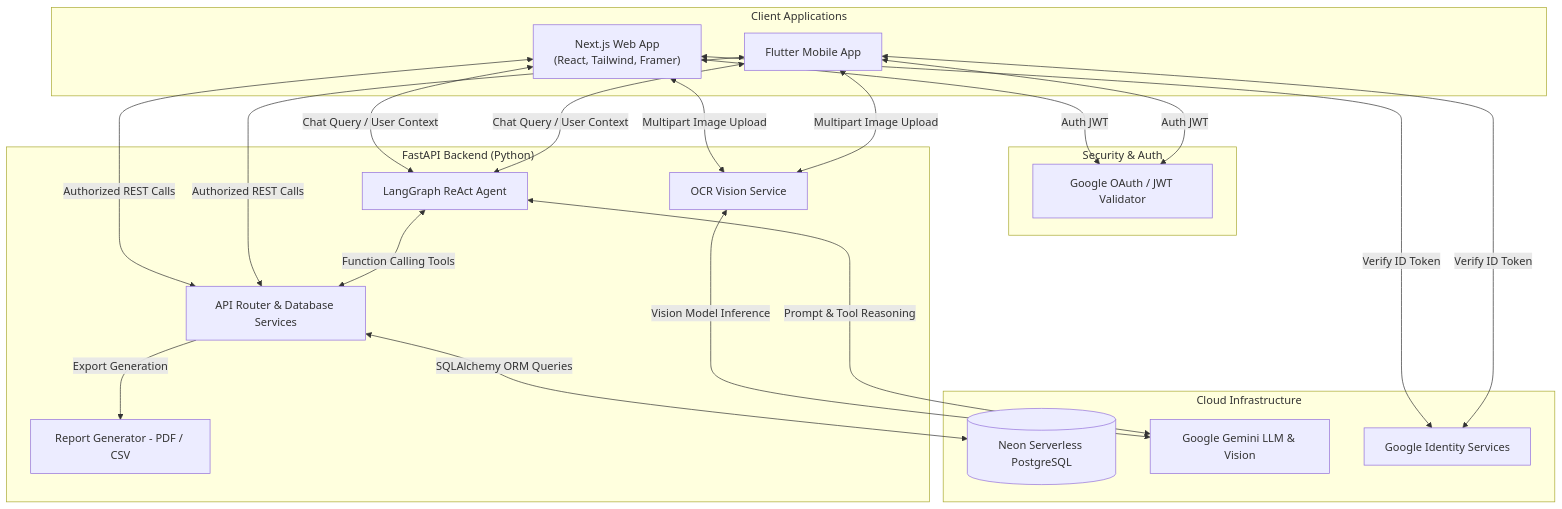
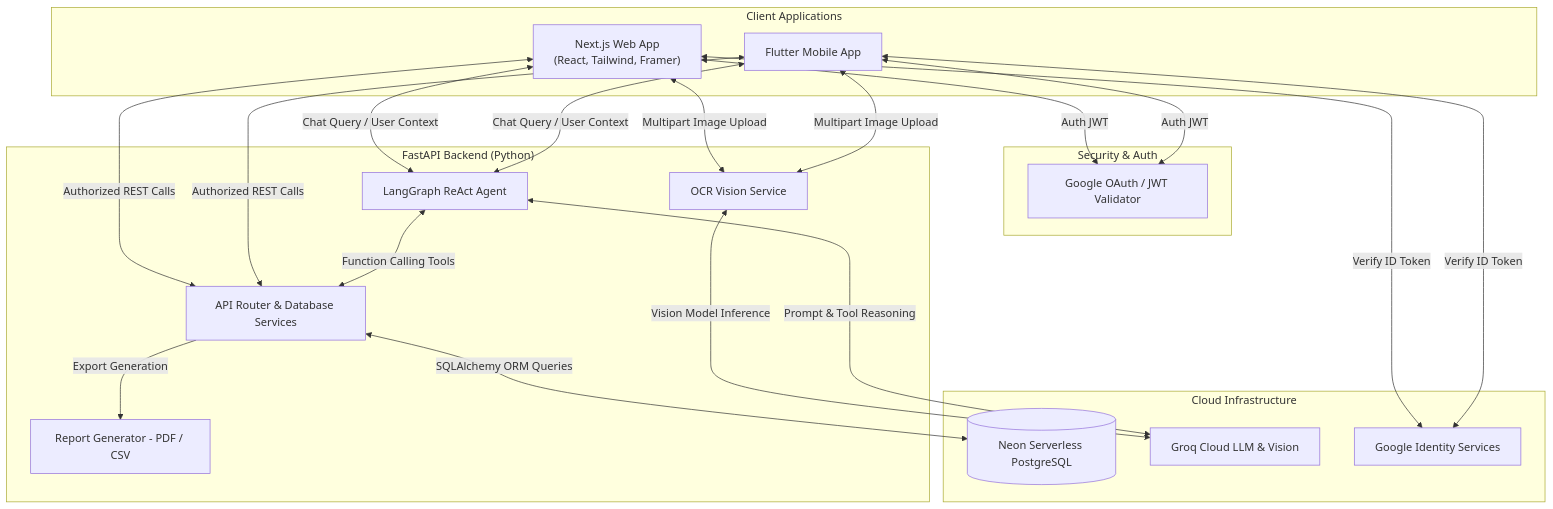
One commit to anshmangla/personal-finance-copilot changed the diagram in README.md. Above: the diagram before and after it, drawn with Mermaid. The commit also changed other lines of this file, not shown here.

Commit message:
docs: correct LLM provider to Groq/Qwen

````diff
--- a/README.md
+++ b/README.md
@@ -58,40 +58,40 @@
 ```mermaid
 graph TD
     %% Frontend Applications
     subgraph Client["Client Applications"]
         UI_Web["Next.js Web App\n(React, Tailwind, Framer)"]
         UI_Mob["Flutter Mobile App"]
     end
 
     %% Security
     subgraph Auth["Security & Auth"]
         G[Google OAuth / JWT Validator]
     end
 
     %% Backend Server
     subgraph Backend["FastAPI Backend (Python)"]
         H[API Router & Database Services]
         I[LangGraph ReAct Agent]
         J[OCR Vision Service]
         K[Report Generator - PDF / CSV]
     end
 
     %% External & Cloud Infrastructure
     subgraph Cloud["Cloud Infrastructure"]
         L[(Neon Serverless PostgreSQL)]
-        M[Google Gemini LLM & Vision]
+        M[Groq Cloud LLM & Vision]
         N[Google Identity Services]
     end
 
     UI_Web & UI_Mob <-->|Verify ID Token| N
     UI_Web & UI_Mob <-->|Auth JWT| G
     UI_Web & UI_Mob <-->|Authorized REST Calls| H
     UI_Web & UI_Mob <-->|Multipart Image Upload| J
     UI_Web & UI_Mob <-->|Chat Query / User Context| I
     
     J <-->|Vision Model Inference| M
     I <-->|Function Calling Tools| H
     I <-->|Prompt & Tool Reasoning| M
     H <-->|SQLAlchemy ORM Queries| L
     H -->|Export Generation| K
 ```
````
